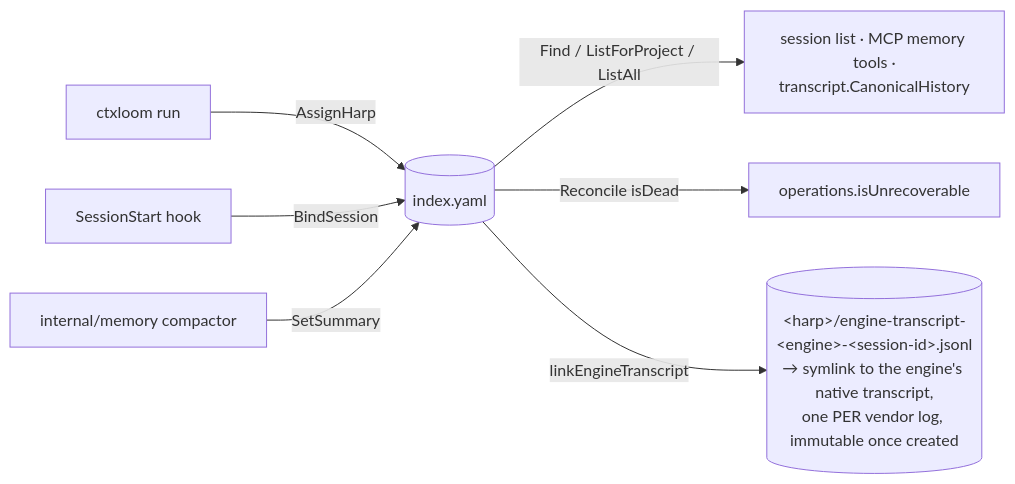
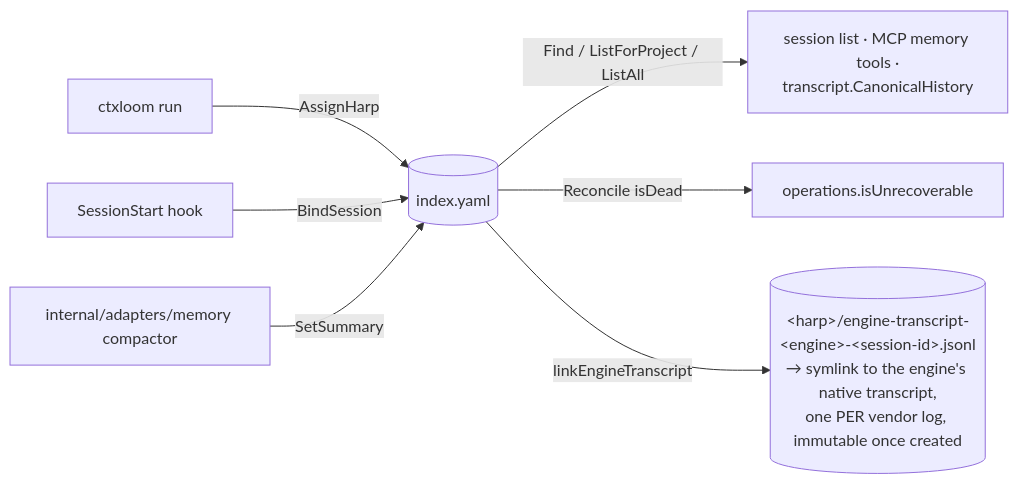
Before and after one commit to ctxloom/ctxloom: the second of 2 diagrams in docs/architecture/companions/sessions.md, drawn with Mermaid. The commit also changed other lines of this file and 2489 other files, not shown here.

First line of the commit message:
refactor(arch): move the adapters ring into internal/adapters

````diff
--- a/docs/architecture/companions/sessions.md
+++ b/docs/architecture/companions/sessions.md
@@ -70,9 +70,9 @@
 ```mermaid
 flowchart LR
   RUN["ctxloom run"] -->|AssignHarp| IDX[("index.yaml")]
   HOOK["SessionStart hook"] -->|BindSession| IDX
-  COMP["internal/memory compactor"] -->|SetSummary| IDX
+  COMP["internal/adapters/memory compactor"] -->|SetSummary| IDX
   IDX -->|Find / ListForProject / ListAll| READ["session list · MCP memory tools ·<br/>transcript.CanonicalHistory"]
   IDX -->|Reconcile isDead| REAP["operations.isUnrecoverable"]
   IDX -->|"linkEngineTranscript"| LINK[("&lt;harp&gt;/engine-transcript-&lt;engine&gt;-&lt;session-id&gt;.jsonl<br/>→ symlink to the engine's native transcript,<br/>one PER vendor log, immutable once created")]
 ```
````
